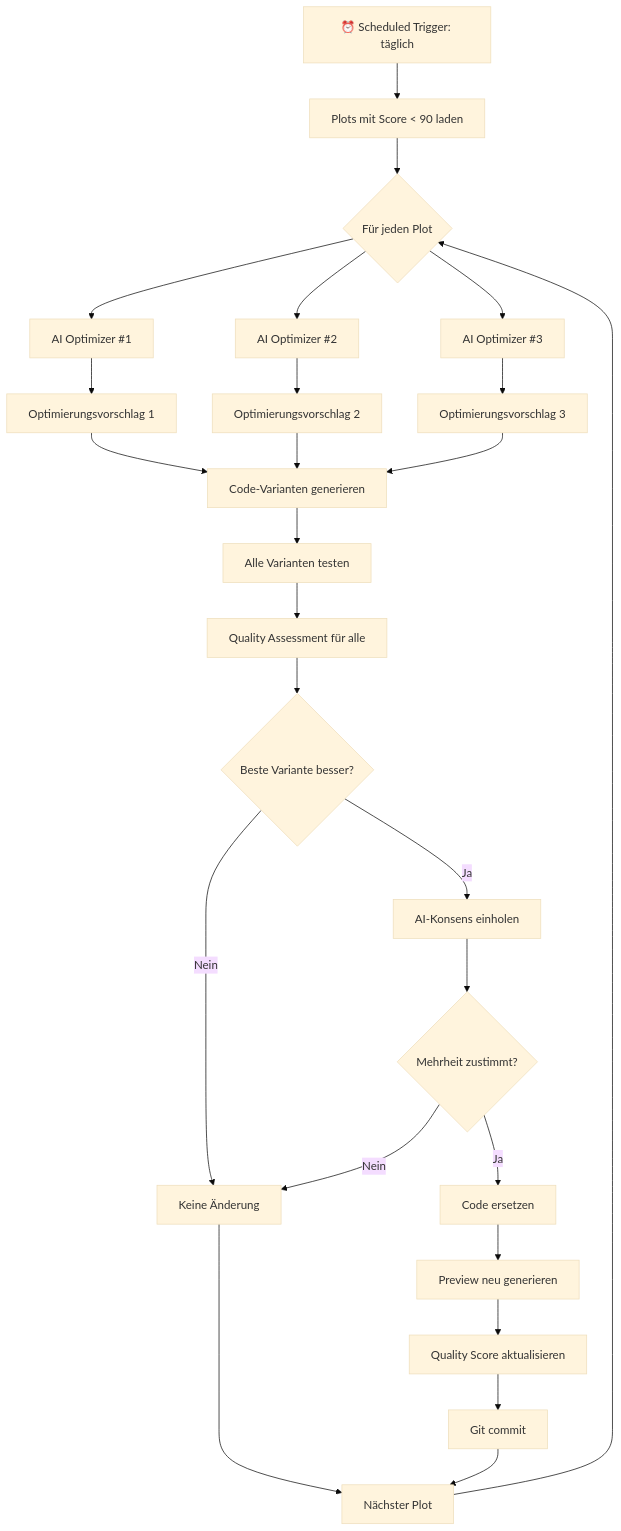
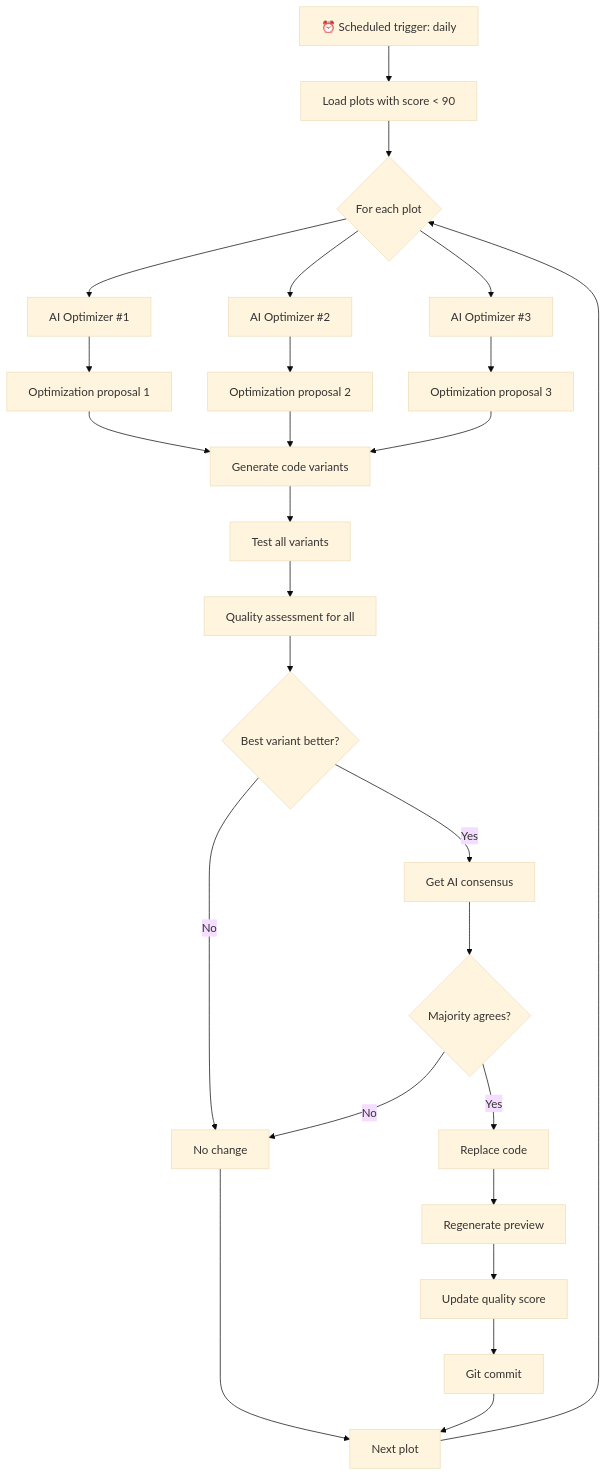
Before and after one commit to MarkusNeusinger/pyplots: the seventh of 9 diagrams in docs/workflow.md, drawn with Mermaid (base theme). The commit also changed other lines of this file, not shown here.

````diff
--- a/docs/workflow.md
+++ b/docs/workflow.md
@@ -353,36 +353,36 @@
 ```mermaid
 graph TD
-    A[⏰ Scheduled Trigger: täglich] --> B[Plots mit Score < 90 laden]
-    B --> C{Für jeden Plot}
+    A[⏰ Scheduled trigger: daily] --> B[Load plots with score < 90]
+    B --> C{For each plot}
 
     C --> D[AI Optimizer #1]
     C --> E[AI Optimizer #2]
     C --> F[AI Optimizer #3]
 
-    D --> G1[Optimierungsvorschlag 1]
-    E --> G2[Optimierungsvorschlag 2]
-    F --> G3[Optimierungsvorschlag 3]
+    D --> G1[Optimization proposal 1]
+    E --> G2[Optimization proposal 2]
+    F --> G3[Optimization proposal 3]
 
-    G1 --> H[Code-Varianten generieren]
+    G1 --> H[Generate code variants]
     G2 --> H
     G3 --> H
 
-    H --> I[Alle Varianten testen]
-    I --> J[Quality Assessment für alle]
+    H --> I[Test all variants]
+    I --> J[Quality assessment for all]
 
-    J --> K{Beste Variante besser?}
-    K -->|Ja| L[AI-Konsens einholen]
-    K -->|Nein| M[Keine Änderung]
+    J --> K{Best variant better?}
+    K -->|Yes| L[Get AI consensus]
+    K -->|No| M[No change]
 
-    L --> N{Mehrheit zustimmt?}
-    N -->|Ja| O[Code ersetzen]
-    N -->|Nein| M
+    L --> N{Majority agrees?}
+    N -->|Yes| O[Replace code]
+    N -->|No| M
 
-    O --> P[Preview neu generieren]
-    P --> Q[Quality Score aktualisieren]
+    O --> P[Regenerate preview]
+    P --> Q[Update quality score]
     Q --> R[Git commit]
 
-    M --> S[Nächster Plot]
+    M --> S[Next plot]
     R --> S
     S --> C
 ```
````
